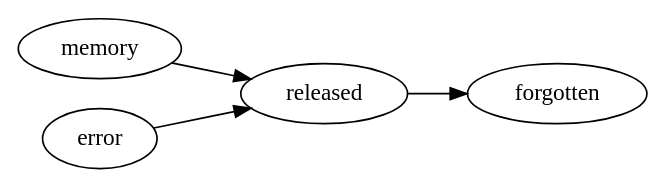
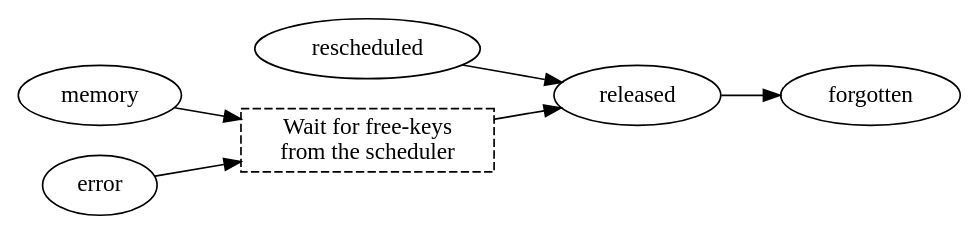
Before and after one commit to dask/distributed: the diagram in docs/source/images/worker-forget-state.dot, drawn with Graphviz. The commit also changed 5 other files, not shown here.

```diff
--- a/docs/source/images/worker-forget-state.dot
+++ b/docs/source/images/worker-forget-state.dot
@@ -1,9 +1,15 @@
 digraph{
     graph [
         bgcolor="#FFFFFFF00",
         rankdir=LR,
         ];
-    memory -> released;
-    error -> released;
+    free_keys [
+      label="Wait for free-keys\nfrom the scheduler",
+      shape=box,style=dashed,
+    ];
+    memory -> free_keys;
+    error -> free_keys;
+    free_keys -> released;
+    rescheduled -> released;
     released -> forgotten;
 }
```
